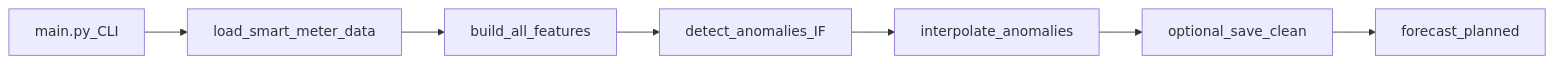
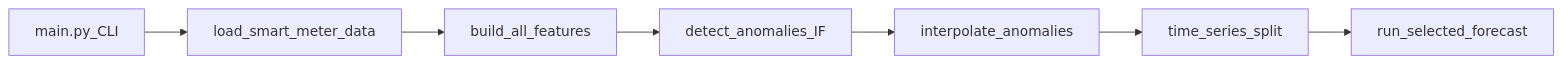
One commit to mj-weshh/energy-anomaly-forecasting changed the diagram in docs/e2e-pipeline.md. Above: the diagram before and after it, drawn with Mermaid. The commit also changed other lines of this file and 9 other files, not shown here.

````diff
--- a/docs/e2e-pipeline.md
+++ b/docs/e2e-pipeline.md
@@ -35,9 +36,9 @@
 ```mermaid
 flowchart LR
   cli[main.py_CLI] --> ingest[load_smart_meter_data]
   ingest --> feats[build_all_features]
   feats --> detect[detect_anomalies_IF]
   detect --> clean[interpolate_anomalies]
-  clean --> saveOpt[optional_save_clean]
-  saveOpt --> forecastLater[forecast_planned]
+  clean --> split[time_series_split]
+  split --> route[run_selected_forecast]
 ```
````
